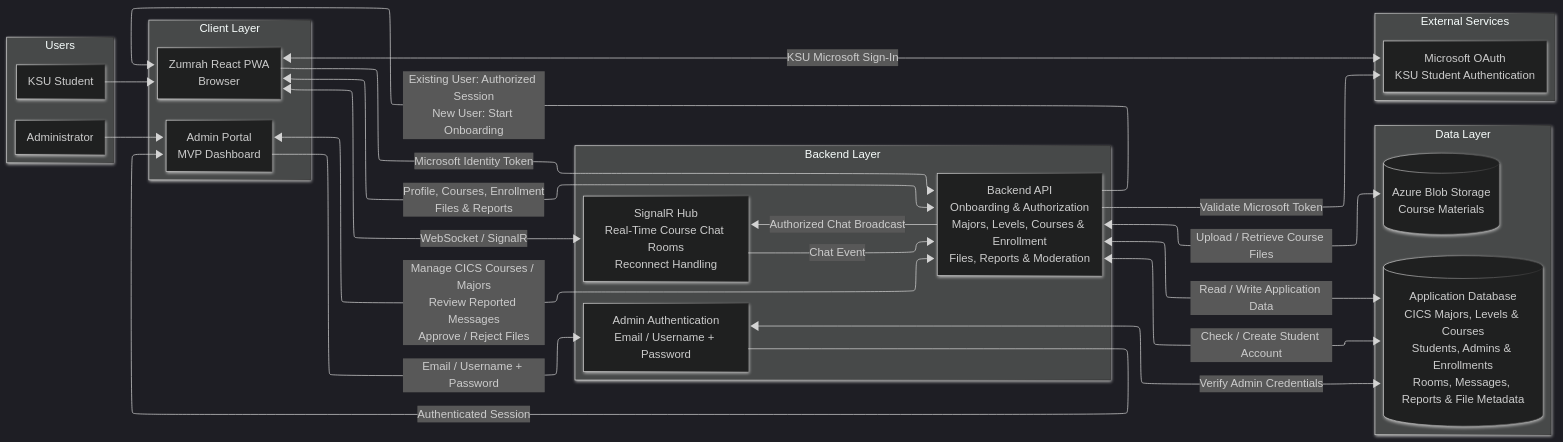
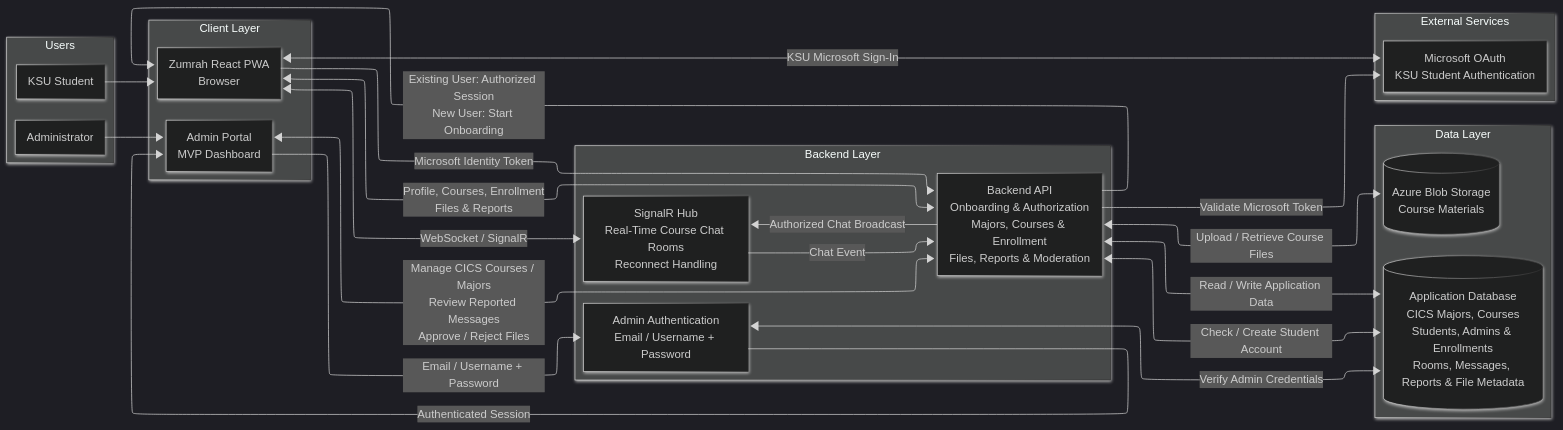
The diagram in System_Architecture.md (brdga4/Zumrah), drawn with Mermaid before and after one commit. The commit also changed 1 other file, not shown here.

Commit message:
Edit System Architecture

````diff
--- a/System_Architecture.md
+++ b/System_Architecture.md
@@ -8,49 +8,49 @@
 ```mermaid
 ---
 config:
   theme: dark
   look: neo
   fontFamily: '''Recursive Variable'', sans-serif'
   themeVariables:
     fontFamily: '''Recursive Variable'', sans-serif'
   layout: elk
 ---
 flowchart LR
  subgraph Users["Users"]
         Student["KSU Student"]
         Admin["Administrator"]
   end
  subgraph Clients["Client Layer"]
         PWA["Zumrah React PWA<br>Browser"]
         AdminPortal["Admin Portal<br>MVP Dashboard"]
   end
  subgraph Backend["Backend Layer"]
-        API["Backend API<br>Onboarding &amp; Authorization<br>Majors, Levels, Courses &amp; Enrollment<br>Files, Reports &amp; Moderation"]
+        API["Backend API<br>Onboarding &amp; Authorization<br>Majors, Courses &amp; Enrollment<br>Files, Reports &amp; Moderation"]
         SignalR["SignalR Hub<br>Real-Time Course Chat Rooms<br>Reconnect Handling"]
         AdminAuth["Admin Authentication<br>Email / Username + Password"]
   end
  subgraph Data["Data Layer"]
-        Database[("Application Database<br>CICS Majors, Levels &amp; Courses<br>Students, Admins &amp; Enrollments<br>Rooms, Messages, Reports &amp; File Metadata")]
+        Database[("Application Database<br>CICS Majors, Courses<br>Students, Admins &amp; Enrollments<br>Rooms, Messages, Reports &amp; File Metadata")]
         BlobStorage[("Azure Blob Storage<br>Course Materials")]
   end
  subgraph External["External Services"]
         Microsoft["Microsoft OAuth<br>KSU Student Authentication"]
   end
     Student --> PWA
     Admin --> AdminPortal
     PWA <-- "KSU Microsoft Sign-In" --> Microsoft
     PWA -- Microsoft Identity Token --> API
     API -- Validate Microsoft Token --> Microsoft
     API <-- Check / Create Student Account --> Database
     API -- Existing User: Authorized Session<br>New User: Start Onboarding --> PWA
     AdminPortal -- Email / Username + Password --> AdminAuth
     AdminAuth <-- Verify Admin Credentials --> Database
     AdminAuth -- Authenticated Session --> AdminPortal
     PWA <-- Profile, Courses, Enrollment<br>Files &amp; Reports --> API
     AdminPortal <-- Manage CICS Courses / Majors<br>Review Reported Messages<br>Approve / Reject Files --> API
     PWA <-- WebSocket / SignalR --> SignalR
     SignalR -- Chat Event --> API
     API -- Authorized Chat Broadcast --> SignalR
     API <-- Read / Write Application Data --> Database
     API <-- Upload / Retrieve Course Files --> BlobStorage
 ```
````
